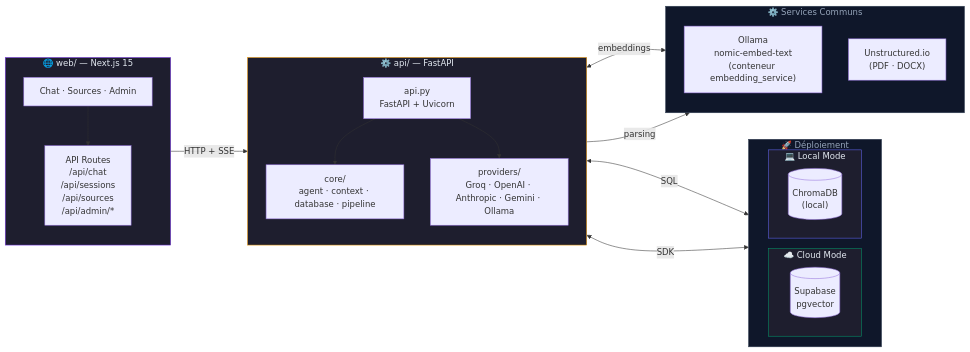
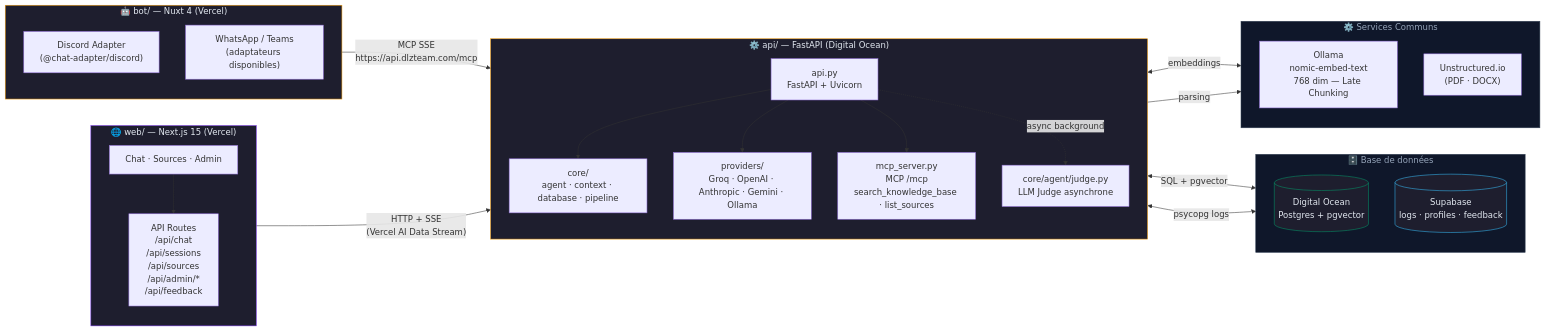
One commit to dlz-dev/HELMo-ORACLE changed the first of 7 diagrams in docs/FR/workflow.md. Above: the diagram before and after it, drawn with Mermaid. The commit also changed other lines of this file, not shown here.

Commit message:
Ajoute de MCP et ChatSDK

````diff
--- a/docs/FR/workflow.md
+++ b/docs/FR/workflow.md
@@ -5,48 +5,56 @@
 ```mermaid
 flowchart LR
-    subgraph WEB ["🌐 web/ — Next.js 15"]
+    subgraph WEB ["🌐 web/ — Next.js 15 (Vercel)"]
         direction TB
         UI["Chat · Sources · Admin"]
-        ROUTES["API Routes\n/api/chat\n/api/sessions\n/api/sources\n/api/admin/*"]
+        ROUTES["API Routes\n/api/chat\n/api/sessions\n/api/sources\n/api/admin/*\n/api/feedback"]
         UI --> ROUTES
     end
 
-    subgraph API ["⚙️ api/ — FastAPI"]
+    subgraph BOT ["🤖 bot/ — Nuxt 4 (Vercel)"]
+        direction TB
+        DISCORD["Discord Adapter\n(@chat-adapter/discord)"]
+        WHATSAPP["WhatsApp / Teams\n(adaptateurs disponibles)"]
+    end
+
+    subgraph API ["⚙️ api/ — FastAPI (Digital Ocean)"]
         direction TB
         FASTAPI["api.py\nFastAPI + Uvicorn"]
+        MCP_SRV["mcp_server.py\nMCP /mcp\nsearch_knowledge_base · list_sources"]
         CORE["core/\nagent · context · database · pipeline"]
         PROV["providers/\nGroq · OpenAI · Anthropic · Gemini · Ollama"]
+        JUDGE["core/agent/judge.py\nLLM Judge asynchrone"]
         FASTAPI --> CORE
         FASTAPI --> PROV
+        FASTAPI --> MCP_SRV
+        FASTAPI -.->|"async background"| JUDGE
     end
 
-    ROUTES -->|"HTTP + SSE"| FASTAPI
+    ROUTES -->|"HTTP + SSE\n(Vercel AI Data Stream)"| FASTAPI
+    BOT -->|"MCP SSE\nhttps://api.dlzteam.com/mcp"| MCP_SRV
 
-    subgraph DEPLOIEMENT ["🚀 Déploiement"]
-        direction LR
-        subgraph CLOUD ["☁️ Cloud Mode"]
-            DB_CLOUD[("Supabase\npgvector")]
-        end
-        subgraph LOCAL ["💻 Local Mode"]
-            DB_LOCAL[("ChromaDB\n(local)")]
-        end
+    subgraph DB ["🗄️ Base de données"]
+        direction TB
+        DB_PG[("Digital Ocean\nPostgres + pgvector")]
+        DB_SUP[("Supabase\nlogs · profiles · feedback")]
     end
 
     subgraph INFRA ["⚙️ Services Communs"]
         direction TB
-        EMBED["Ollama\nnomic-embed-text\n(conteneur embedding_service)"]
+        EMBED["Ollama\nnomic-embed-text\n768 dim — Late Chunking"]
         UNSTRUCT["Unstructured.io\n(PDF · DOCX)"]
     end
 
-    CORE <-->|"SQL"| DB_CLOUD
-    CORE <-->|"SDK"| DB_LOCAL
+    CORE <-->|"SQL + pgvector"| DB_PG
+    CORE <-->|"psycopg logs"| DB_SUP
     CORE <-->|"embeddings"| EMBED
     CORE -->|"parsing"| UNSTRUCT
 
     style WEB     fill:#1e1e2e,stroke:#7c3aed,color:#e2e8f0
+    style BOT     fill:#1e1e2e,stroke:#f59e0b,color:#e2e8f0
     style API     fill:#1e1e2e,stroke:#f59e0b,color:#e2e8f0
-    style DEPLOIEMENT fill:#0f172a,stroke:#334155,color:#94a3b8
-    style CLOUD fill:#1e1e2e,stroke:#059669,color:#e2e8f0
-    style LOCAL fill:#1e1e2e,stroke:#6366f1,color:#e2e8f0
+    style DB      fill:#0f172a,stroke:#334155,color:#94a3b8
+    style DB_PG   fill:#1e1e2e,stroke:#059669,color:#e2e8f0
+    style DB_SUP  fill:#1e1e2e,stroke:#38bdf8,color:#e2e8f0
     style INFRA   fill:#0f172a,stroke:#334155,color:#94a3b8
 ```
````
